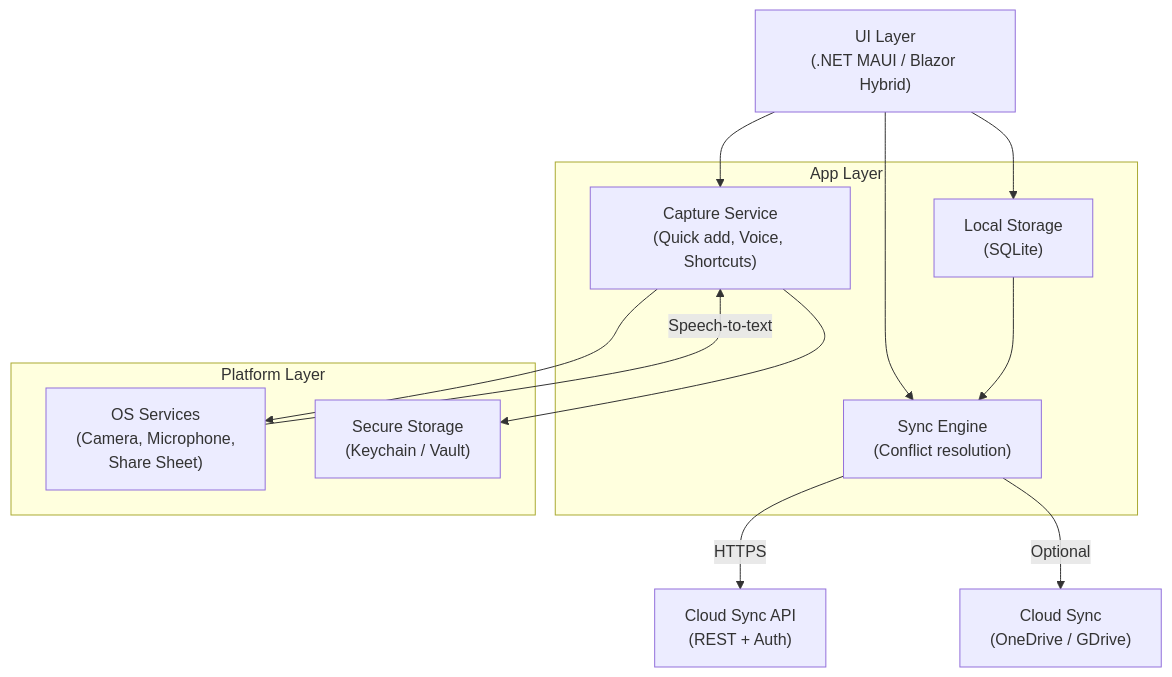
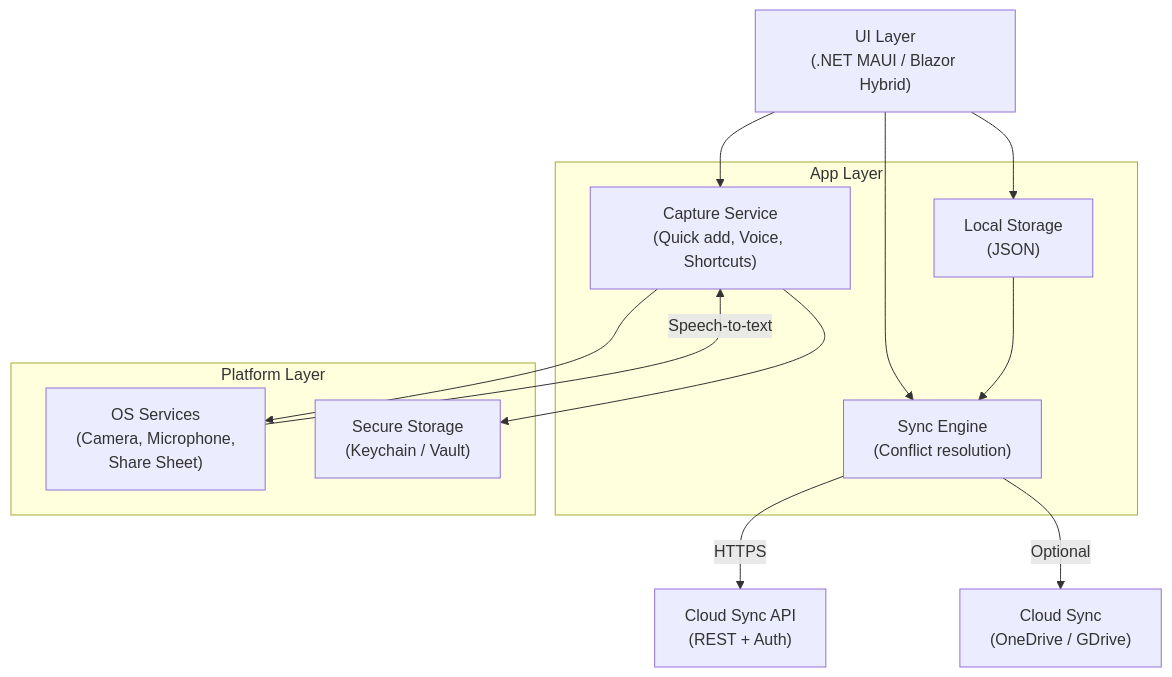
The fourth of 6 diagrams in .arc42/05-building-block-view.md (JSdotNet/Backlog), drawn with Mermaid before and after one commit. The commit also changed other lines of this file and 8 other files, not shown here.

First line of the commit message:
Use JSON for local storage in arc42 docs

````diff
--- a/.arc42/05-building-block-view.md
+++ b/.arc42/05-building-block-view.md
@@ -238,28 +238,28 @@
 ```mermaid
 graph TB
   UI["UI Layer\n(.NET MAUI / Blazor Hybrid)"]
 
   subgraph "App Layer"
     Capture["Capture Service\n(Quick add, Voice, Shortcuts)"]
-    Storage["Local Storage\n(SQLite)"]
+    Storage["Local Storage\n(JSON)"]
     Sync["Sync Engine\n(Conflict resolution)"]
   end
 
   subgraph "Platform Layer"
     OS["OS Services\n(Camera, Microphone,\nShare Sheet)"]
     Creds["Secure Storage\n(Keychain / Vault)"]
   end
 
   Cloud["Cloud Sync\n(OneDrive / GDrive)"]
   API["Cloud Sync API\n(REST + Auth)"]
 
   UI --> Capture
   UI --> Storage
   UI --> Sync
   Capture --> OS
   Capture --> Creds
   Storage --> Sync
   Sync -->|HTTPS| API
   Sync -->|Optional| Cloud
   OS -->|Speech-to-text| Capture
 ```
````
